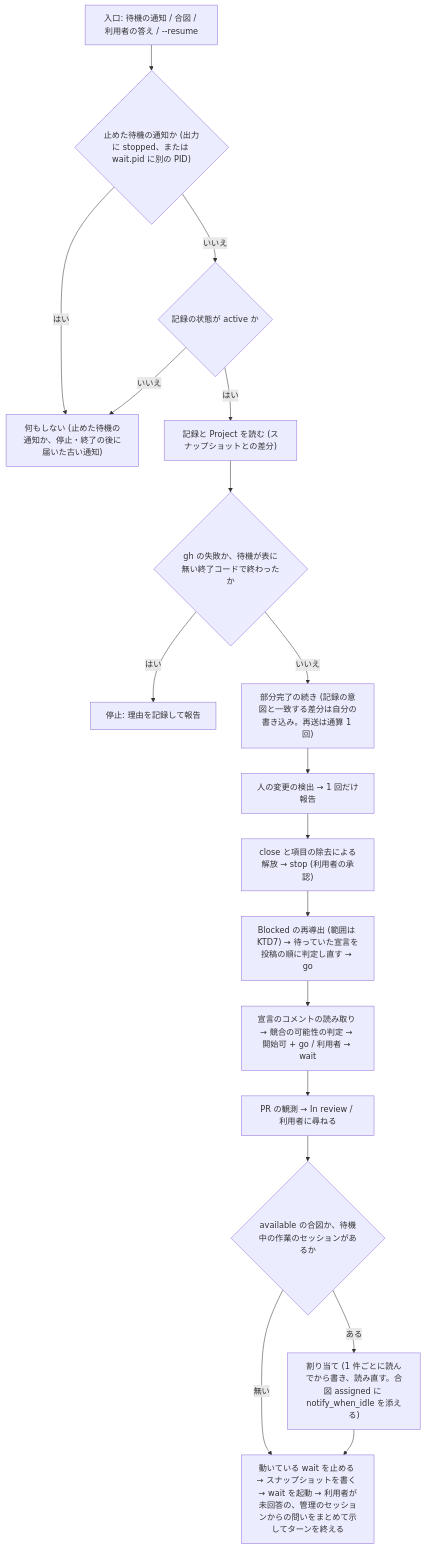
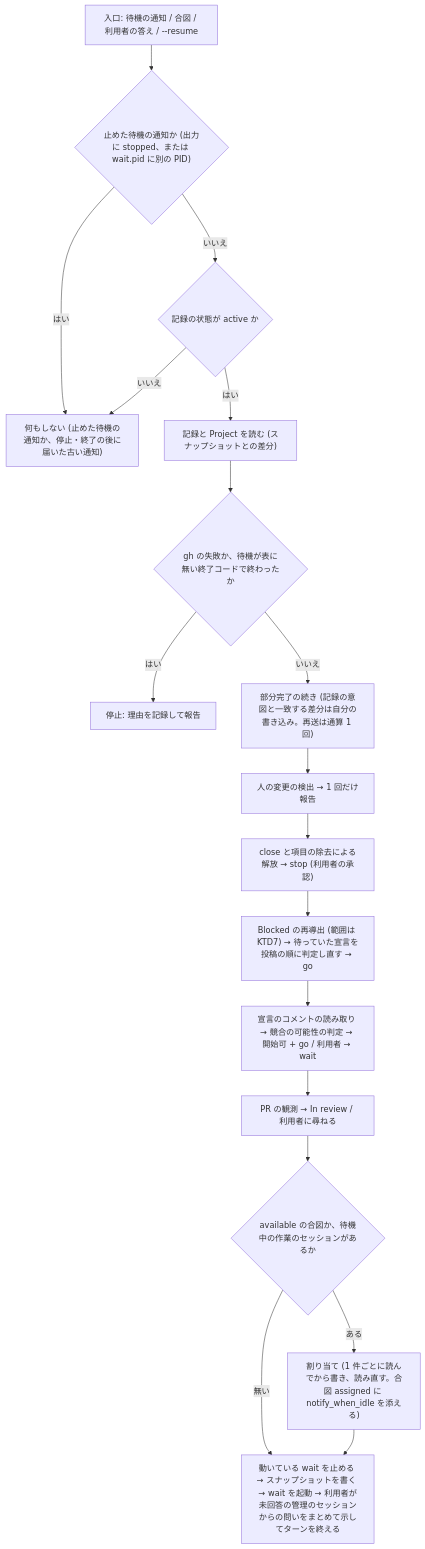
Before and after one commit to akm/claude-plugins: the third of 3 diagrams in docs/plans/2026-10-06-2025-feat-issue-dispatch-plan.md, drawn with Mermaid. The commit also changed other lines of this file, not shown here.

````diff
--- a/docs/plans/2026-10-06-2025-feat-issue-dispatch-plan.md
+++ b/docs/plans/2026-10-06-2025-feat-issue-dispatch-plan.md
@@ -685,20 +685,20 @@
 ```mermaid
 flowchart TB
   E["入口: 待機の通知 / 合図 / 利用者の答え / --resume"] --> SP{"止めた待機の通知か (出力に stopped、または wait.pid に別の PID)"}
   SP -- はい --> N["何もしない (止めた待機の通知か、停止・終了の後に届いた古い通知)"]
   SP -- いいえ --> ST{"記録の状態が active か"}
   ST -- いいえ --> N
   ST -- はい --> R0["記録と Project を読む (スナップショットとの差分)"]
   R0 --> X{"gh の失敗か、待機が表に無い終了コードで終わったか"}
   X -- はい --> S1["停止: 理由を記録して報告"]
   X -- いいえ --> Q["部分完了の続き (記録の意図と一致する差分は自分の書き込み。再送は通算 1 回)"]
   Q --> H["人の変更の検出 → 1 回だけ報告"]
   H --> C["close と項目の除去による解放 → stop (利用者の承認)"]
   C --> B["Blocked の再導出 (範囲は KTD7) → 待っていた宣言を投稿の順に判定し直す → go"]
   B --> D["宣言のコメントの読み取り → 競合の可能性の判定 → 開始可 + go / 利用者 → wait"]
   D --> P["PR の観測 → In review / 利用者に尋ねる"]
   P --> A{"available の合図か、待機中の作業のセッションがあるか"}
   A -- ある --> AS["割り当て (1 件ごとに読んでから書き、読み直す。合図 assigned に notify_when_idle を添える)"]
   A -- 無い --> W
-  AS --> W["動いている wait を止める → スナップショットを書く → wait を起動 → 利用者が未回答の、管理のセッションからの問いをまとめて示してターンを終える"]
+  AS --> W["動いている wait を止める → スナップショットを書く → wait を起動 → 利用者が未回答の管理のセッションからの問いをまとめて示してターンを終える"]
 ```
````
